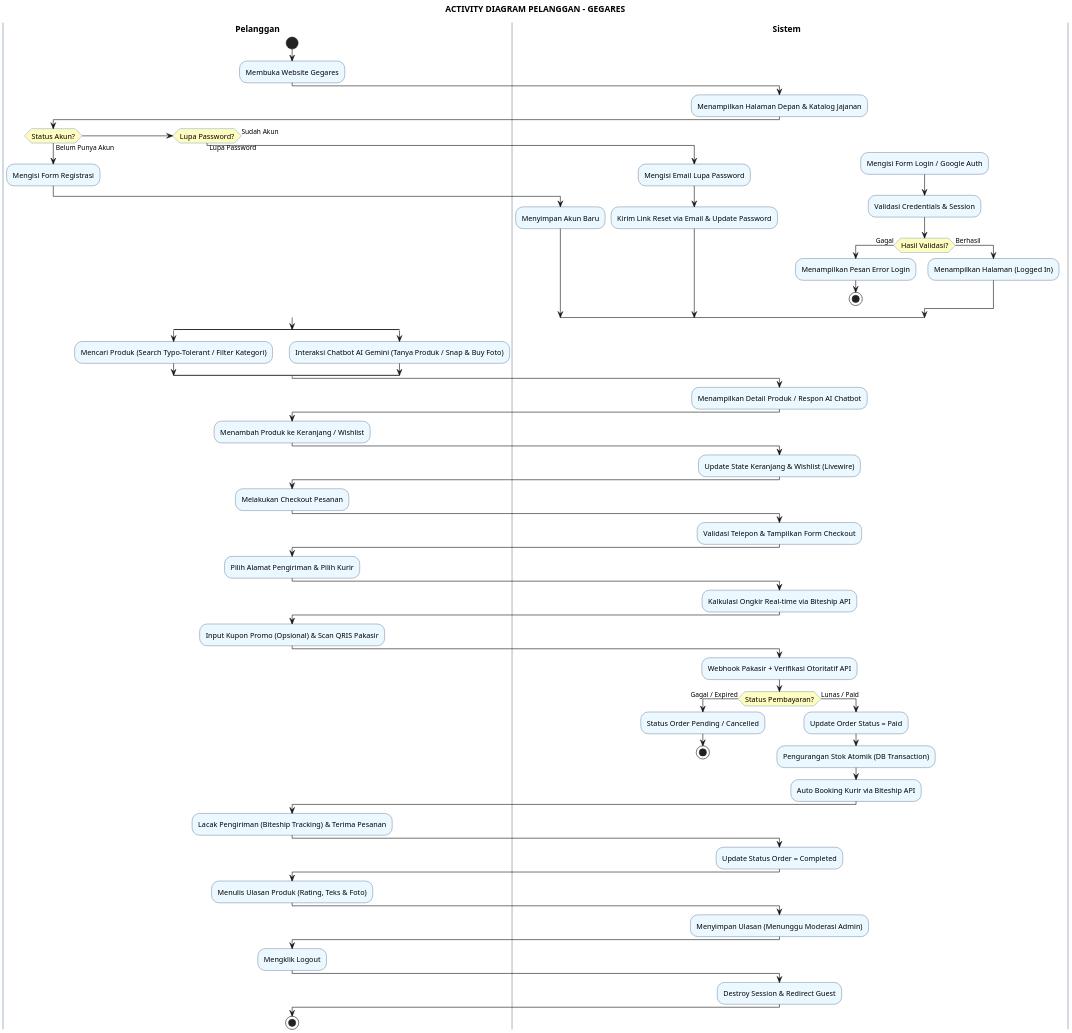
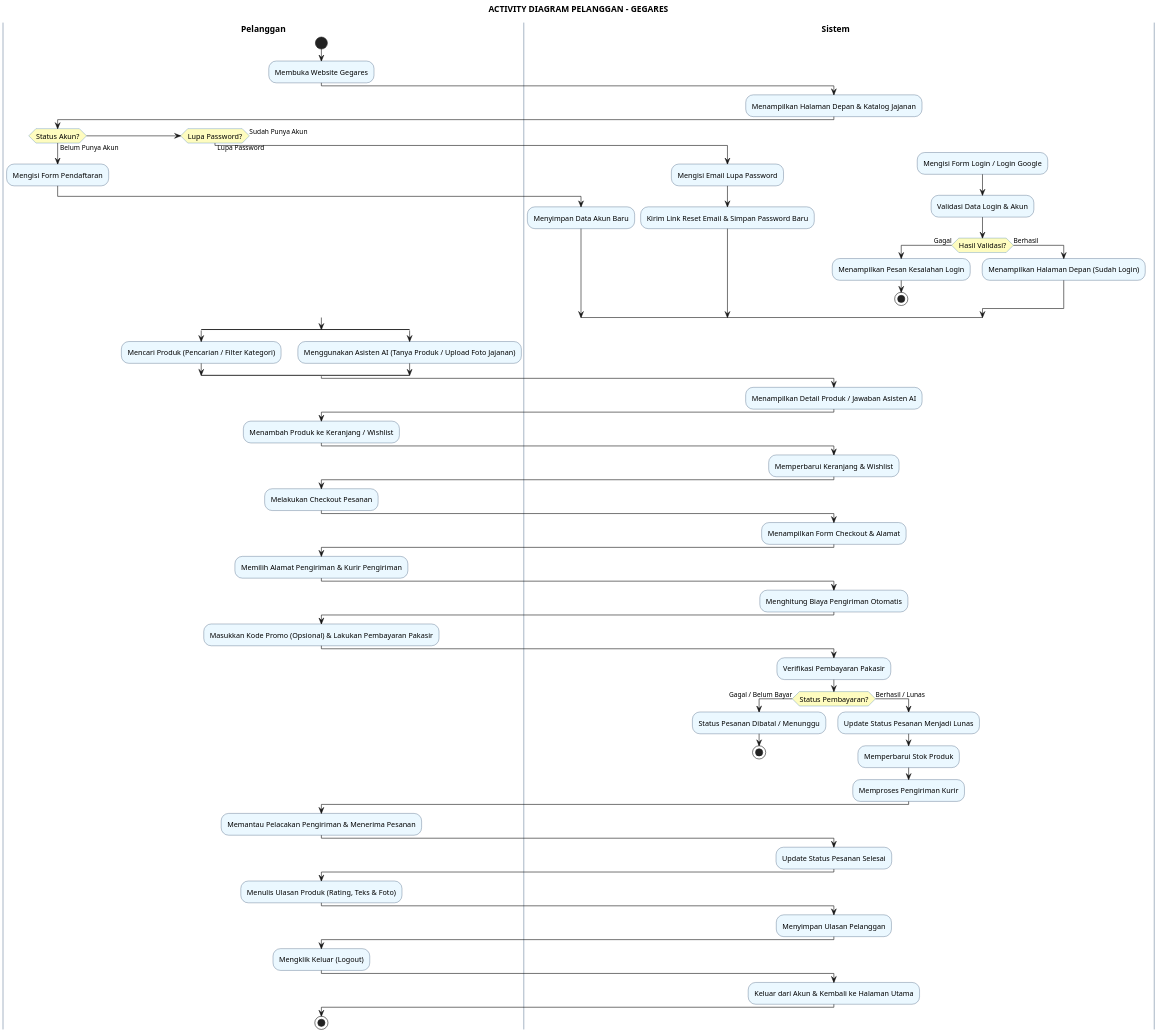
The diagram in activity_diagram_pelanggan.puml (greedykid/gegares_toko), drawn with PlantUML before and after one commit. The commit also changed 11 other files, not shown here.

Commit message:
docs(diagram): update activity diagrams terminology to non-technical Bahasa Indonesia and Pakasir payment

```diff
--- a/activity_diagram_pelanggan.puml
+++ b/activity_diagram_pelanggan.puml
@@ -1,106 +1,106 @@
 @startuml
 skinparam dpi 180
 skinparam defaultFontName "SansSerif"
 skinparam ActivityFontSize 12
 skinparam ActivityBorderColor #1A365D
 skinparam ActivityBackgroundColor #EBF8FF
 skinparam ActivityDiamondBorderColor #2B6CB0
 skinparam ActivityDiamondBackgroundColor #FEFCBF
 skinparam SwimlaneTitleFontSize 14
 skinparam SwimlaneTitleFontStyle bold
 skinparam SwimlaneBorderColor #A0AEC0
 skinparam SwimlaneWidth 280
 
 title **ACTIVITY DIAGRAM PELANGGAN - GEGARES**
 
 |Pelanggan|
 start
 :Membuka Website Gegares;
 
 |Sistem|
 :Menampilkan Halaman Depan & Katalog Jajanan;
 
 |Pelanggan|
 if (Status Akun?) then (Belum Punya Akun)
-  :Mengisi Form Registrasi;
+  :Mengisi Form Pendaftaran;
   |Sistem|
-  :Menyimpan Akun Baru;
+  :Menyimpan Data Akun Baru;
 else if (Lupa Password?) then (Lupa Password)
   :Mengisi Email Lupa Password;
   |Sistem|
-  :Kirim Link Reset via Email & Update Password;
-else (Sudah Akun)
-  :Mengisi Form Login / Google Auth;
+  :Kirim Link Reset Email & Simpan Password Baru;
+else (Sudah Punya Akun)
+  :Mengisi Form Login / Login Google;
   |Sistem|
-  :Validasi Credentials & Session;
+  :Validasi Data Login & Akun;
   if (Hasil Validasi?) then (Gagal)
-    :Menampilkan Pesan Error Login;
+    :Menampilkan Pesan Kesalahan Login;
     stop
   else (Berhasil)
-    :Menampilkan Halaman (Logged In);
+    :Menampilkan Halaman Depan (Sudah Login);
   endif
 endif
 
 |Pelanggan|
 split
-  :Mencari Produk (Search Typo-Tolerant / Filter Kategori);
+  :Mencari Produk (Pencarian / Filter Kategori);
 split again
-  :Interaksi Chatbot AI Gemini (Tanya Produk / Snap & Buy Foto);
+  :Menggunakan Asisten AI (Tanya Produk / Upload Foto Jajanan);
 end split
 
 |Sistem|
-:Menampilkan Detail Produk / Respon AI Chatbot;
+:Menampilkan Detail Produk / Jawaban Asisten AI;
 
 |Pelanggan|
 :Menambah Produk ke Keranjang / Wishlist;
 
 |Sistem|
-:Update State Keranjang & Wishlist (Livewire);
+:Memperbarui Keranjang & Wishlist;
 
 |Pelanggan|
 :Melakukan Checkout Pesanan;
 
 |Sistem|
-:Validasi Telepon & Tampilkan Form Checkout;
+:Menampilkan Form Checkout & Alamat;
 
 |Pelanggan|
-:Pilih Alamat Pengiriman & Pilih Kurir;
+:Memilih Alamat Pengiriman & Kurir Pengiriman;
 
 |Sistem|
-:Kalkulasi Ongkir Real-time via Biteship API;
+:Menghitung Biaya Pengiriman Otomatis;
 
 |Pelanggan|
-:Input Kupon Promo (Opsional) & Scan QRIS Pakasir;
+:Masukkan Kode Promo (Opsional) & Lakukan Pembayaran Pakasir;
 
 |Sistem|
-:Webhook Pakasir + Verifikasi Otoritatif API;
-if (Status Pembayaran?) then (Gagal / Expired)
-  :Status Order Pending / Cancelled;
+:Verifikasi Pembayaran Pakasir;
+if (Status Pembayaran?) then (Gagal / Belum Bayar)
+  :Status Pesanan Dibatal / Menunggu;
   stop
-else (Lunas / Paid)
-  :Update Order Status = Paid;
-  :Pengurangan Stok Atomik (DB Transaction);
-  :Auto Booking Kurir via Biteship API;
+else (Berhasil / Lunas)
+  :Update Status Pesanan Menjadi Lunas;
+  :Memperbarui Stok Produk;
+  :Memproses Pengiriman Kurir;
 endif
 
 |Pelanggan|
-:Lacak Pengiriman (Biteship Tracking) & Terima Pesanan;
+:Memantau Pelacakan Pengiriman & Menerima Pesanan;
 
 |Sistem|
-:Update Status Order = Completed;
+:Update Status Pesanan Selesai;
 
 |Pelanggan|
 :Menulis Ulasan Produk (Rating, Teks & Foto);
 
 |Sistem|
-:Menyimpan Ulasan (Menunggu Moderasi Admin);
+:Menyimpan Ulasan Pelanggan;
 
 |Pelanggan|
-:Mengklik Logout;
+:Mengklik Keluar (Logout);
 
 |Sistem|
-:Destroy Session & Redirect Guest;
+:Keluar dari Akun & Kembali ke Halaman Utama;
 
 |Pelanggan|
 stop
 @enduml
```
